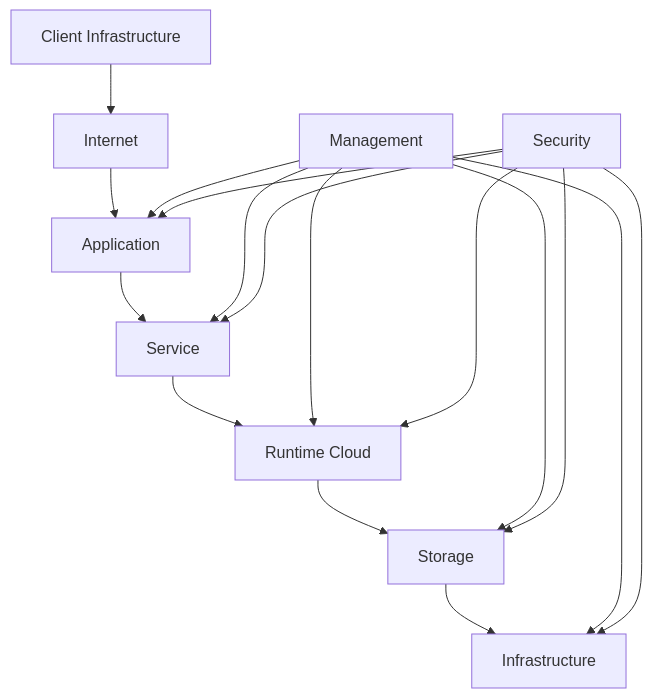
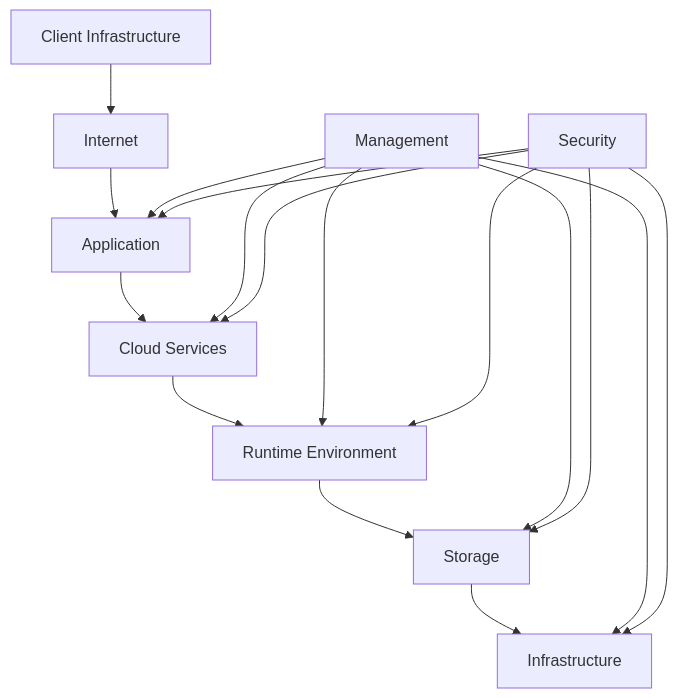
The first of 7 diagrams in 01-cloud-computing/cloud-computing-notes.md (arunsabu21/aws-learning-notes), drawn with Mermaid before and after one commit. The commit also changed other lines of this file and 1 other file, not shown here.

Commit message:
Added Cloud Computing Architecture breakdown

````diff
--- a/01-cloud-computing/cloud-computing-notes.md
+++ b/01-cloud-computing/cloud-computing-notes.md
@@ -17,21 +25,21 @@
 ```mermaid
 flowchart TD
 A[Client Infrastructure] --> B[Internet]
 B --> C[Application]
-C --> D[Service]
-D --> E[Runtime Cloud]
+C --> D[Cloud Services]
+D --> E[Runtime Environment]
 E --> F[Storage]
 F --> G[Infrastructure]
 
 H[Management] --> C
 H --> D
 H --> E
 H --> F
 H --> G
 
 I[Security] --> C
 I --> D
 I --> E
 I --> F
 I --> G
 ```
````
